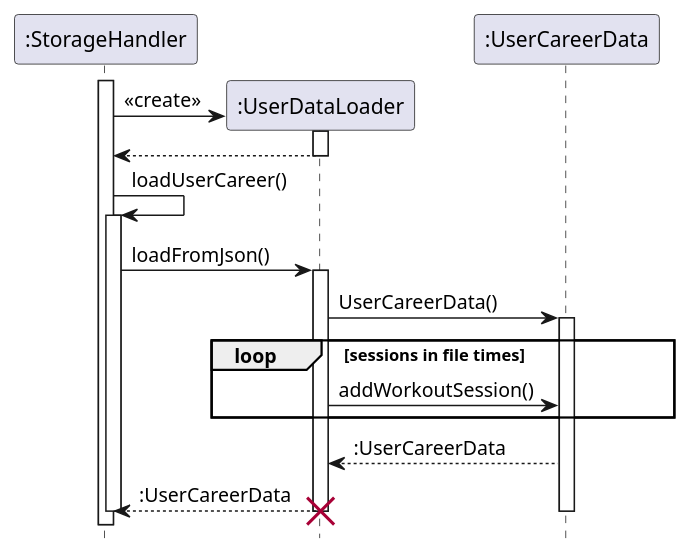
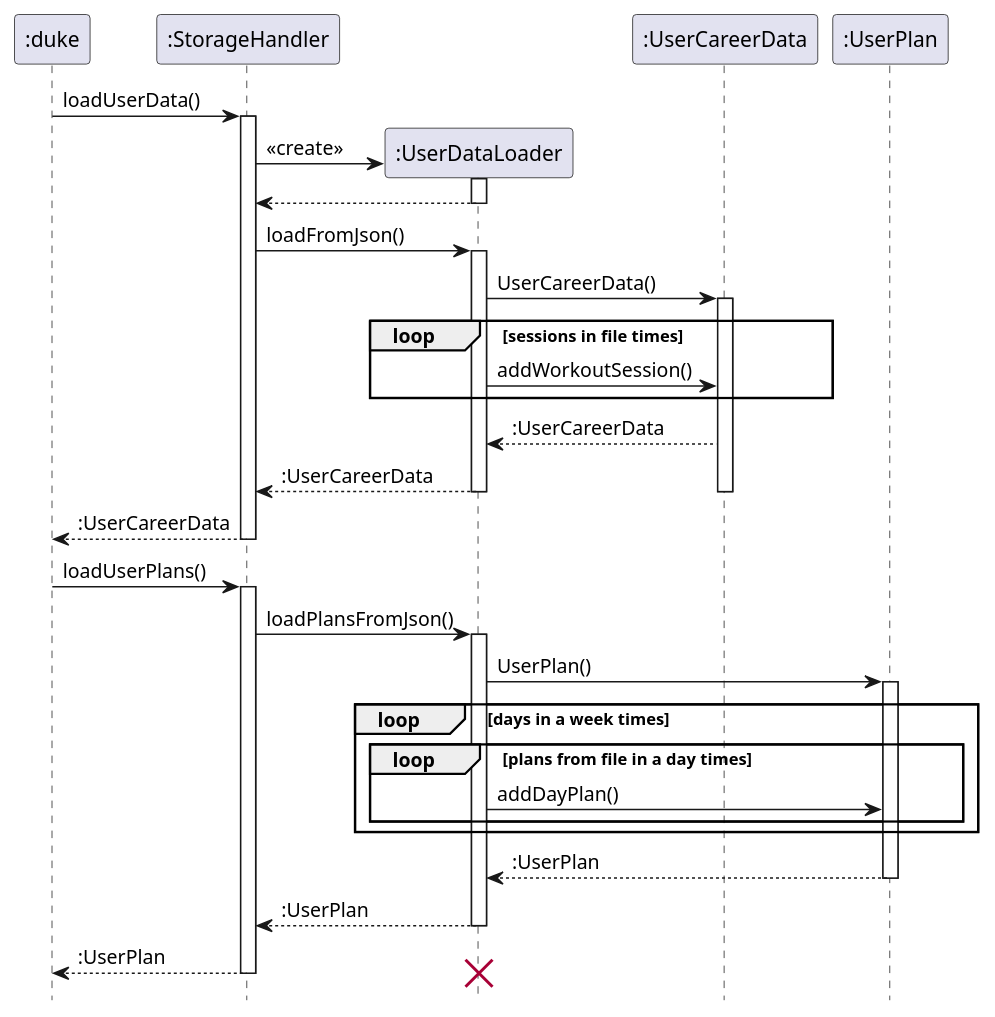
Before and after one commit to nus-cs2113-AY2223S2/tp: the diagram in docs/UML/LoadingUserCareerData.puml, drawn with PlantUML. The commit also changed 2 other files, not shown here.

Commit message:
Update Storage UMLs

```diff
--- a/docs/UML/LoadingUserCareerData.puml
+++ b/docs/UML/LoadingUserCareerData.puml
@@ -1,27 +1,47 @@
 @startuml
 hide footbox
+":duke" -> ":StorageHandler" : loadUserData()
 activate ":StorageHandler"
 create ":UserDataLoader"
 
 ":StorageHandler" -> ":UserDataLoader" : <<create>>
 activate ":UserDataLoader"
 ":UserDataLoader" --> ":StorageHandler"
 deactivate ":UserDataLoader"
 
-    ":StorageHandler" -> ":StorageHandler" : loadUserCareer()
-    activate ":StorageHandler"
     ":StorageHandler" -> ":UserDataLoader": loadFromJson()
     activate ":UserDataLoader"
         ":UserDataLoader"-> ":UserCareerData": UserCareerData()
         activate ":UserCareerData"
             loop sessions in file times
                 ":UserDataLoader" -> ":UserCareerData" : addWorkoutSession()
             end
             ":UserCareerData" --> ":UserDataLoader" : :UserCareerData
         ":UserDataLoader" --> ":StorageHandler" : :UserCareerData
+    deactivate ":UserCareerData"
     deactivate ":UserDataLoader"
+    ":StorageHandler" --> ":duke" : :UserCareerData
+deactivate ":StorageHandler"
+":duke" -> ":StorageHandler" : loadUserPlans()
+    activate ":StorageHandler"
+
+    ":StorageHandler" -> ":UserDataLoader" : loadPlansFromJson()
+    activate ":UserDataLoader"
+    ":UserDataLoader" -> ":UserPlan" : UserPlan()
+    activate ":UserPlan"
+    loop days in a week times
+            loop plans from file in a day times
+                ":UserDataLoader" -> ":UserPlan" : addDayPlan()
+            end
+    end
+    ":UserPlan" --> ":UserDataLoader" : :UserPlan
+    deactivate ":UserPlan"
+    ":UserDataLoader" --> ":StorageHandler" : :UserPlan
+    deactivate ":UserDataLoader"
+    ":StorageHandler" --> ":duke" : :UserPlan
     destroy ":UserDataLoader"
-    deactivate ":UserCareerData"
-    deactivate ":StorageHandler"
+
+deactivate ":StorageHandler"
+
 
 @enduml
```
